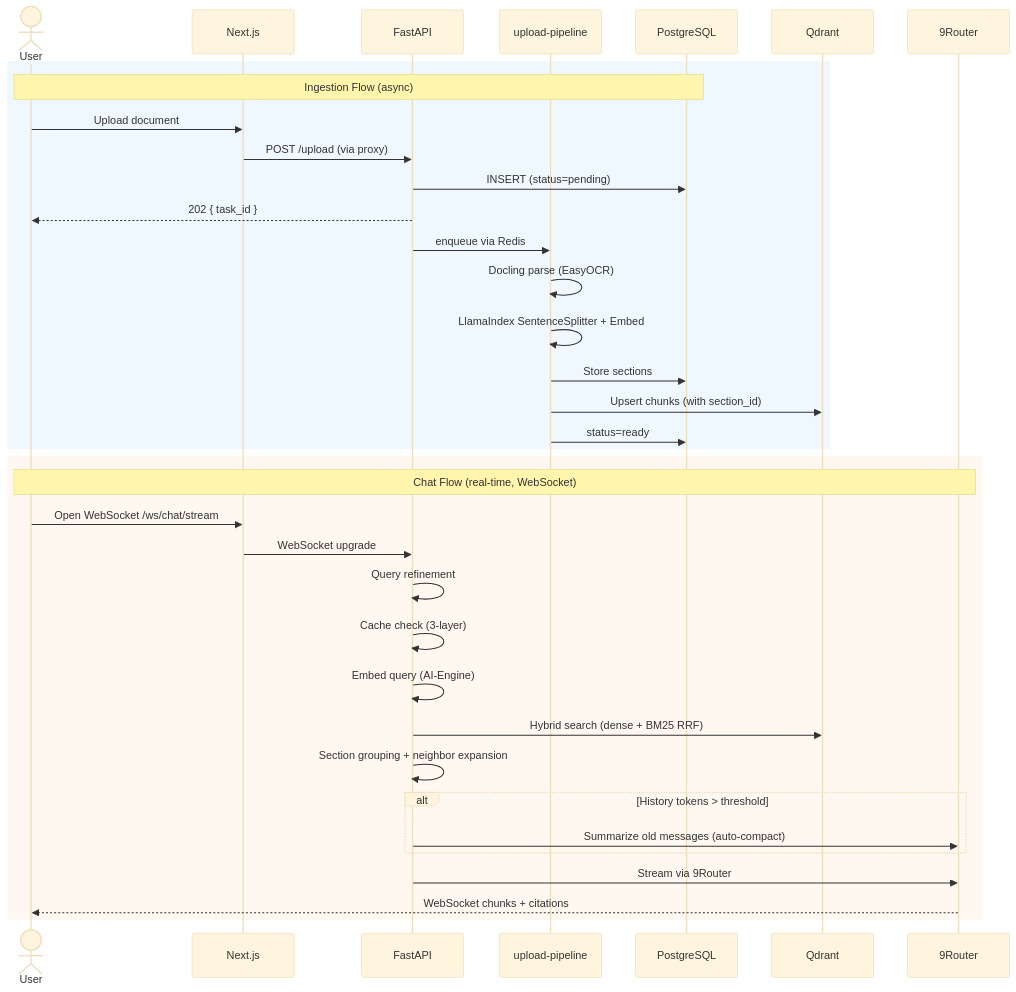
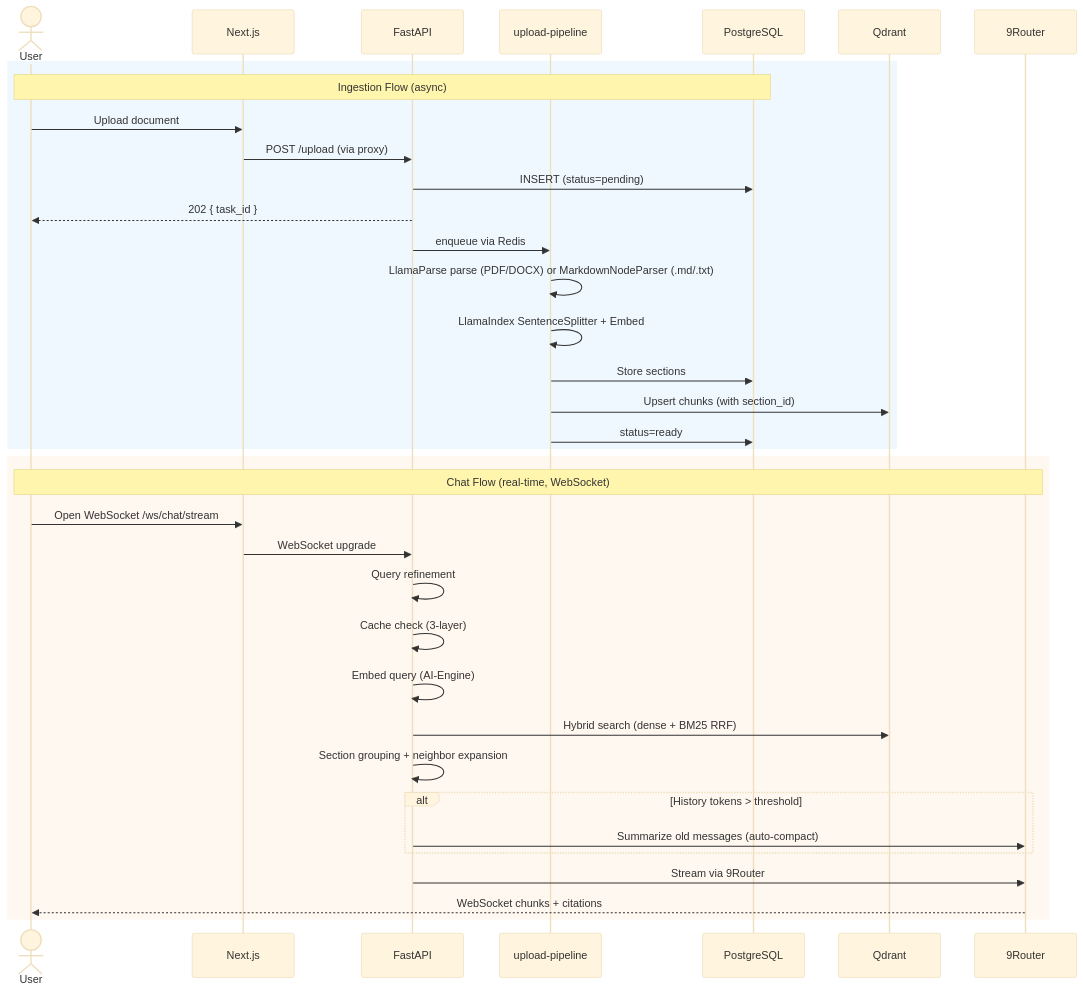
The second of 5 diagrams in README.md (qtuanph/chatbot-rag), drawn with Mermaid (base theme) before and after one commit. The commit also changed other lines of this file and 44 other files, not shown here.

````diff
--- a/README.md
+++ b/README.md
@@ -163,40 +163,40 @@
 ```mermaid
 sequenceDiagram
     actor User
     participant Web as Next.js
     participant API as FastAPI
     participant Worker as upload-pipeline
     participant DB as PostgreSQL
     participant Q as Qdrant
     participant Proxy as 9Router
 
     rect rgb(240, 248, 255)
         Note over User,DB: Ingestion Flow (async)
         User->>Web: Upload document
         Web->>API: POST /upload (via proxy)
         API->>DB: INSERT (status=pending)
         API-->>User: 202 { task_id }
         API->>Worker: enqueue via Redis
-        Worker->>Worker: Docling parse (EasyOCR)
+        Worker->>Worker: LlamaParse parse (PDF/DOCX) or MarkdownNodeParser (.md/.txt)
         Worker->>Worker: LlamaIndex SentenceSplitter + Embed
         Worker->>DB: Store sections
         Worker->>Q: Upsert chunks (with section_id)
         Worker->>DB: status=ready
     end
 
     rect rgb(255, 248, 240)
         Note over User,Proxy: Chat Flow (real-time, WebSocket)
         User->>Web: Open WebSocket /ws/chat/stream
         Web->>API: WebSocket upgrade
         API->>API: Query refinement
         API->>API: Cache check (3-layer)
         API->>API: Embed query (AI-Engine)
         API->>Q: Hybrid search (dense + BM25 RRF)
         API->>API: Section grouping + neighbor expansion
         alt History tokens > threshold
             API->>Proxy: Summarize old messages (auto-compact)
         end
         API->>Proxy: Stream via 9Router
         Proxy-->>User: WebSocket chunks + citations
     end
 ```
````
